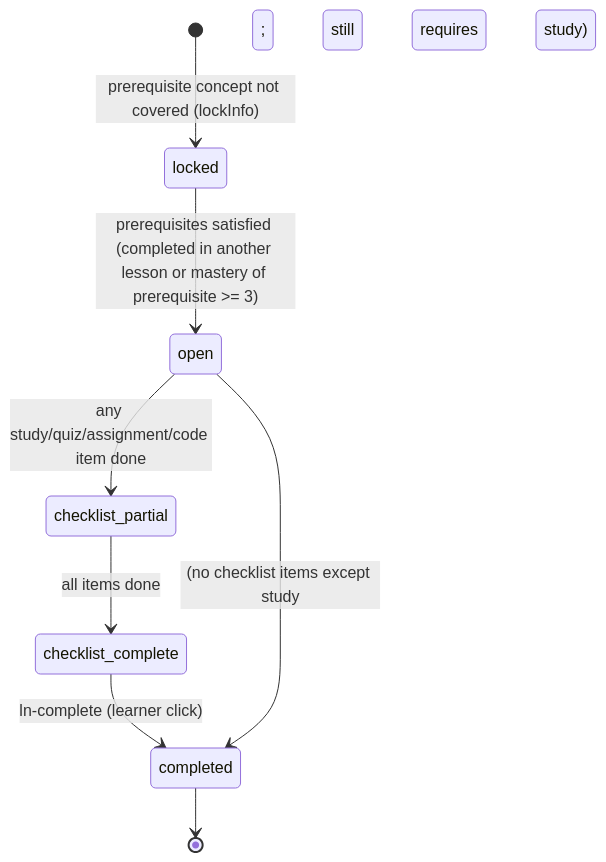
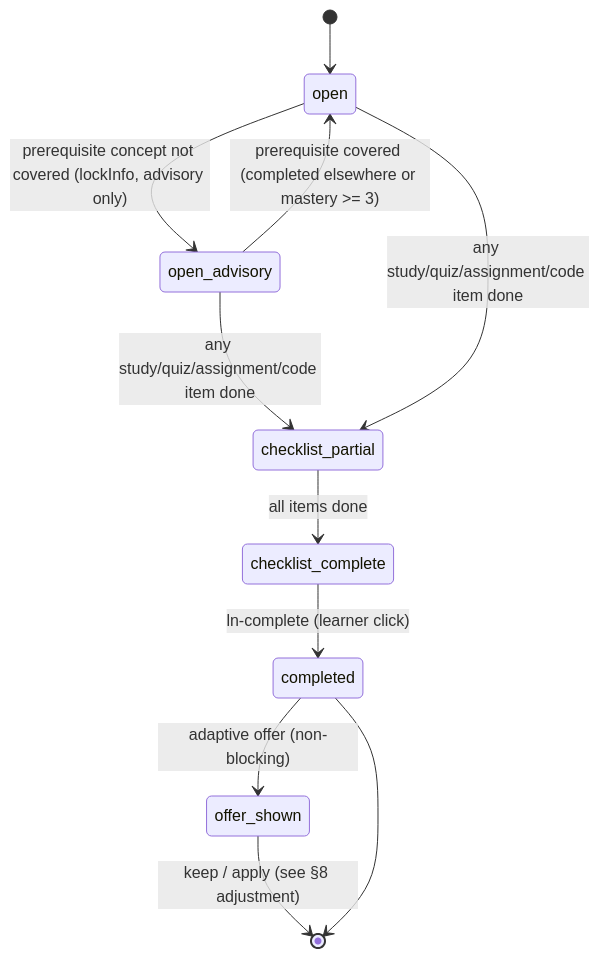
The eighth of 23 diagrams in docs/mockup/STATE-MACHINES.md (blu1606/Codi), drawn with Mermaid before and after one commit. The commit also changed other lines of this file and 3 other files, not shown here.

First line of the commit message:
docs(mockup): soft prerequisites, 90% video study and adaptive path offer

````diff
--- a/docs/mockup/STATE-MACHINES.md
+++ b/docs/mockup/STATE-MACHINES.md
@@ -428,10 +450,13 @@
 ```mermaid
 stateDiagram-v2
-    [*] --> locked: prerequisite concept not covered (lockInfo)
-    locked --> open: prerequisites satisfied (completed in another lesson or mastery of prerequisite >= 3)
+    [*] --> open
+    open --> open_advisory: prerequisite concept not covered (lockInfo, advisory only)
+    open_advisory --> open: prerequisite covered (completed elsewhere or mastery >= 3)
+    open_advisory --> checklist_partial: any study/quiz/assignment/code item done
     open --> checklist_partial: any study/quiz/assignment/code item done
     checklist_partial --> checklist_complete: all items done
     checklist_complete --> completed: ln-complete (learner click)
-    open --> completed: (no checklist items except study; still requires study)
+    completed --> offer_shown: adaptive offer (non-blocking)
+    offer_shown --> [*]: keep / apply (see §8 adjustment)
     completed --> [*]
 ```
````
